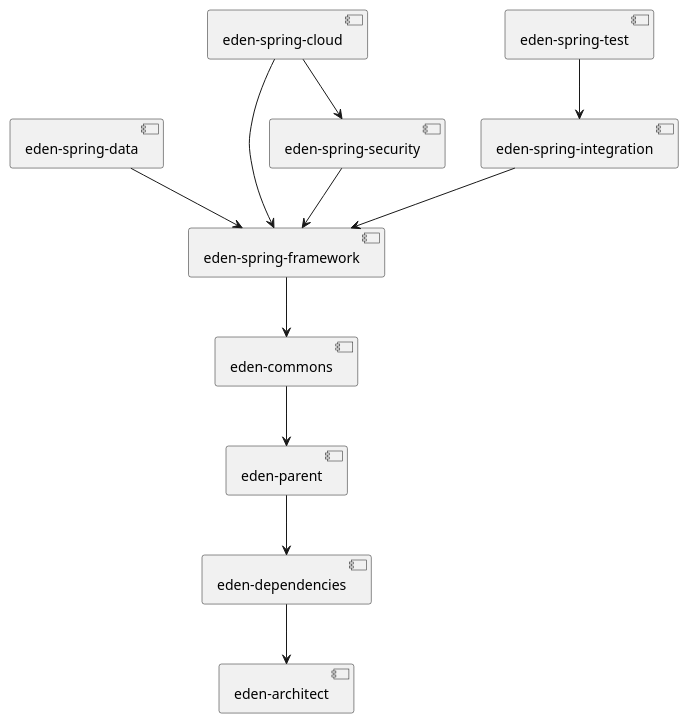
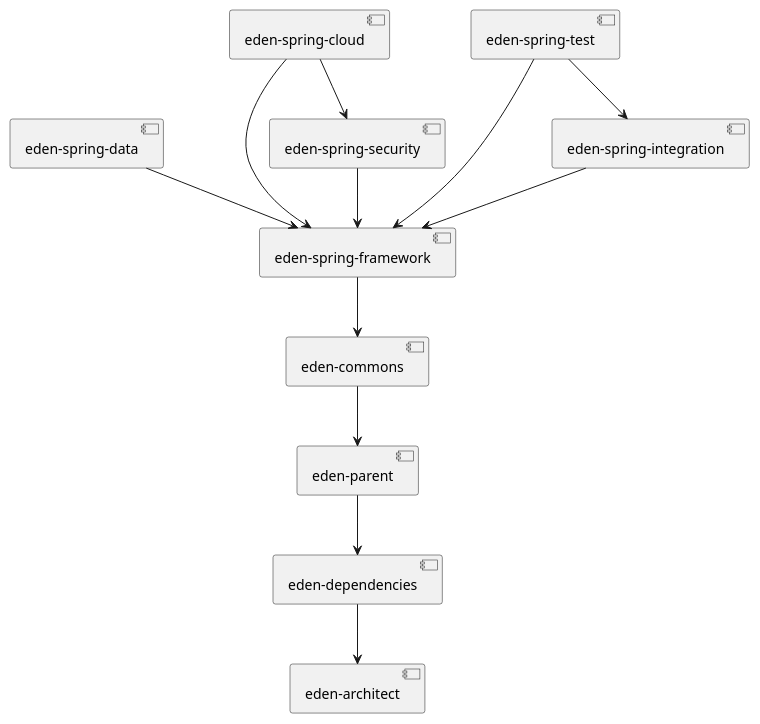
Before and after one commit to shiyindaxiaojie/eden-architect: the diagram in src/docs/uml/component.puml, drawn with PlantUML.

```diff
--- a/src/docs/uml/component.puml
+++ b/src/docs/uml/component.puml
@@ -1,14 +1,15 @@
 @startuml
 
 [eden-dependencies] --> [eden-architect]
 [eden-parent] --> [eden-dependencies]
 [eden-commons] --> [eden-parent]
 [eden-spring-framework] --> [eden-commons]
 [eden-spring-data] --> [eden-spring-framework]
 [eden-spring-security] --> [eden-spring-framework]
 [eden-spring-integration] --> [eden-spring-framework]
-[eden-spring-test] --> [eden-spring-integration]
 [eden-spring-cloud] --> [eden-spring-framework]
 [eden-spring-cloud] --> [eden-spring-security]
+[eden-spring-test] --> [eden-spring-framework]
+[eden-spring-test] --> [eden-spring-integration]
 
 @enduml
```
